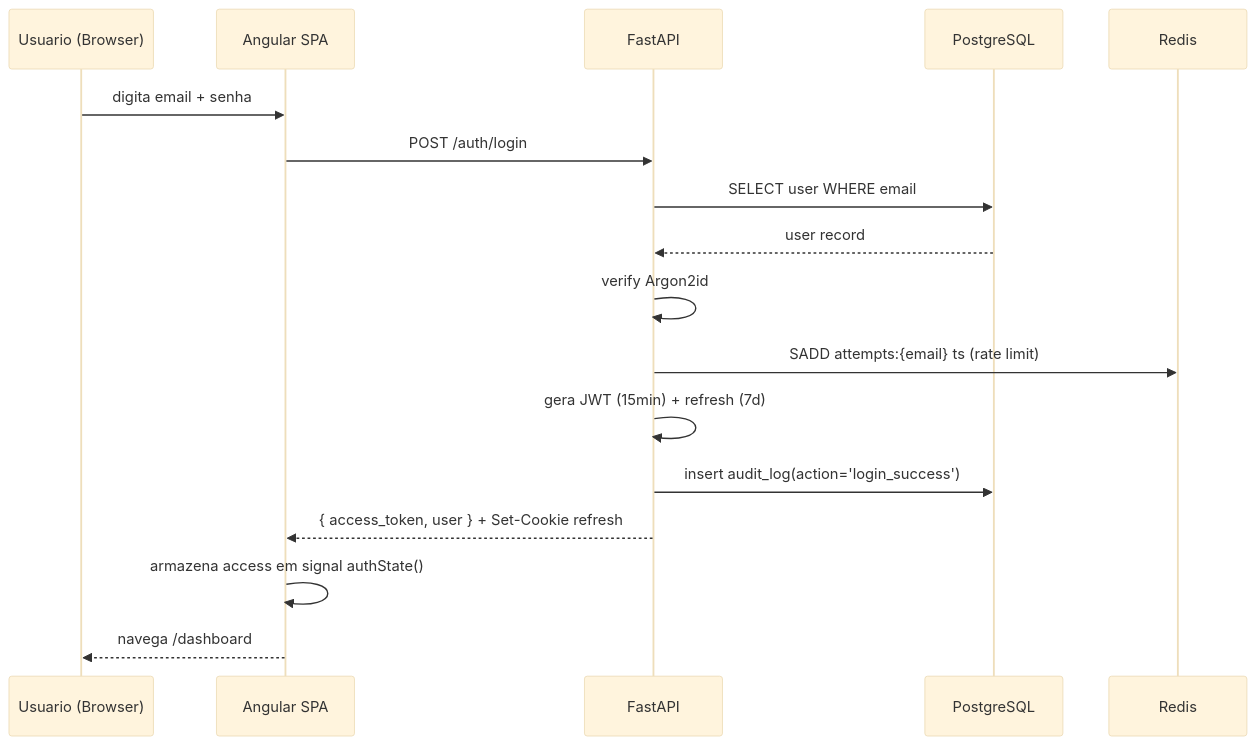
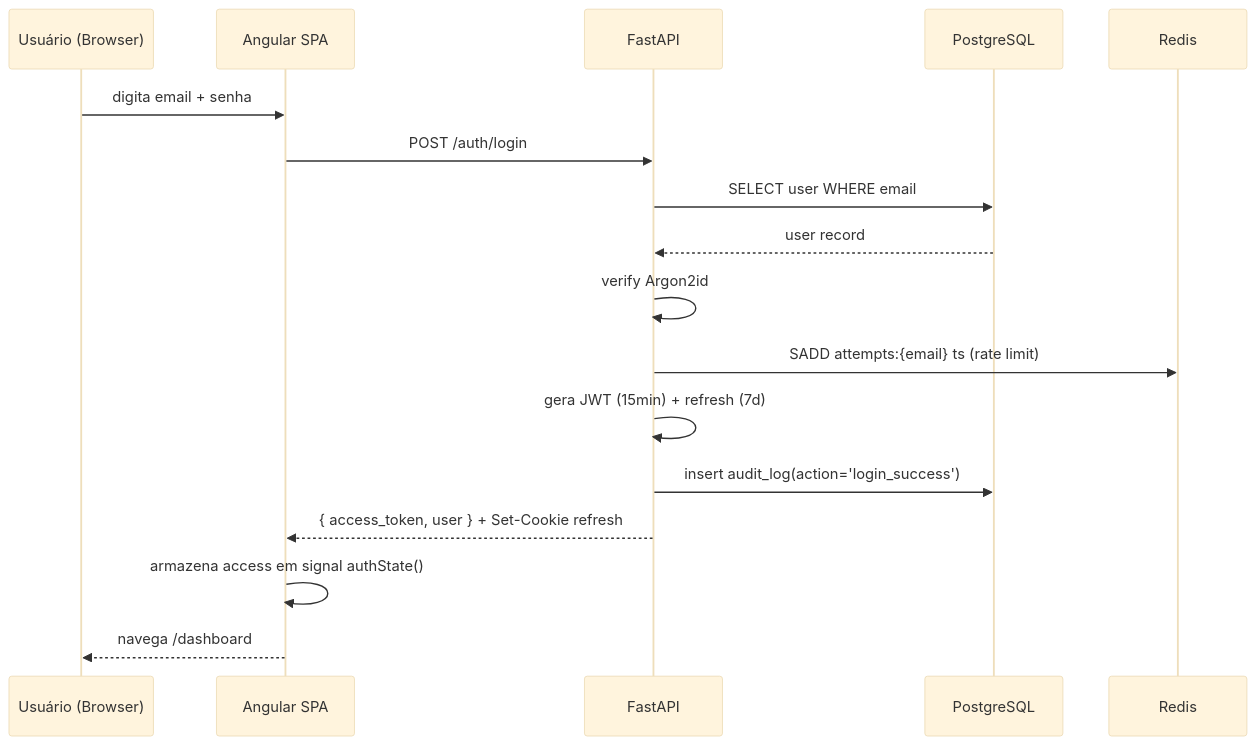
Before and after one commit to psoliveira80/pagarpro: the sixth of 13 diagrams in _bmad-output/planning-artifacts/ARCHITECTURE.md, drawn with Mermaid (base theme). The commit also changed other lines of this file and 18 other files, not shown here.

First line of the commit message:
docs: Story 12.9 — traducao PT-BR de PRD, ARCHITECTURE, epics e stories Epic 10/11

````diff
--- a/_bmad-output/planning-artifacts/ARCHITECTURE.md
+++ b/_bmad-output/planning-artifacts/ARCHITECTURE.md
@@ -1739,20 +1739,20 @@
 ```mermaid
 sequenceDiagram
-    participant U as Usuario (Browser)
+    participant U as Usuário (Browser)
     participant W as Angular SPA
     participant A as FastAPI
     participant DB as PostgreSQL
     participant R as Redis
 
     U->>W: digita email + senha
     W->>A: POST /auth/login
     A->>DB: SELECT user WHERE email
     DB-->>A: user record
     A->>A: verify Argon2id
     A->>R: SADD attempts:{email} ts (rate limit)
     A->>A: gera JWT (15min) + refresh (7d)
     A->>DB: insert audit_log(action='login_success')
     A-->>W: { access_token, user } + Set-Cookie refresh
     W->>W: armazena access em signal authState()
     W-->>U: navega /dashboard
 ```
````
